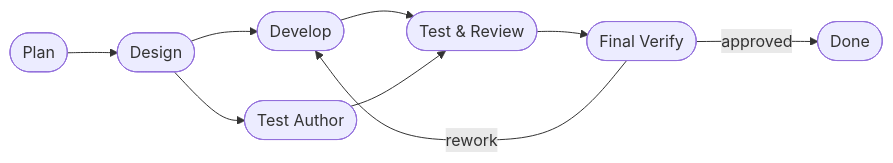
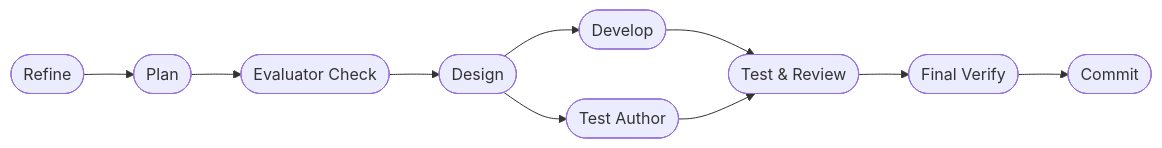
One commit to hjhun/dormammu changed the diagram in .dev/DASHBOARD.md. Above: the diagram before and after it, drawn with Mermaid. The commit also changed other lines of this file and 49 other files, not shown here.

````diff
--- a/.dev/DASHBOARD.md
+++ b/.dev/DASHBOARD.md
@@ -22,11 +23,12 @@
 ```mermaid
 flowchart LR
-    plan([Plan]) --> design([Design])
+    refine([Refine]) --> plan([Plan])
+    plan --> eval_check([Evaluator Check])
+    eval_check --> design([Design])
     design --> develop([Develop])
     design --> test_author([Test Author])
     develop --> test_review([Test & Review])
     test_author --> test_review
     test_review --> final_verify([Final Verify])
-    final_verify -->|approved| end_state([Done])
-    final_verify -->|rework| develop
+    final_verify --> commit([Commit])
 ```
````
